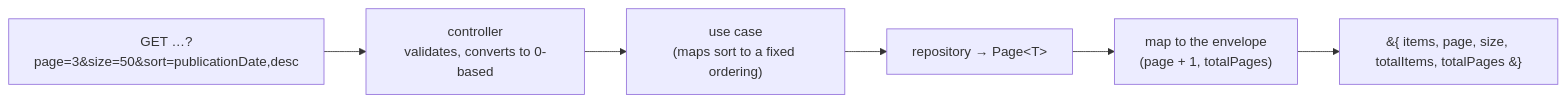
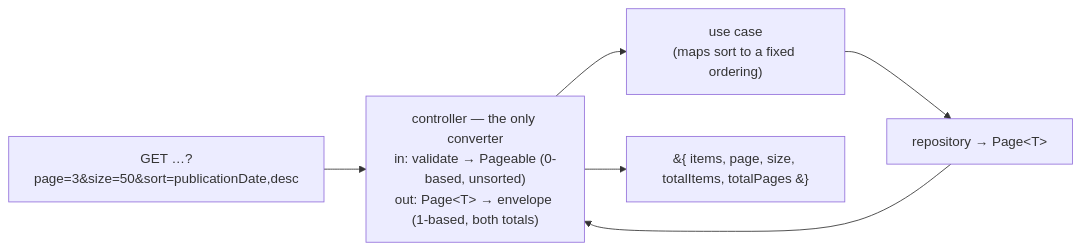
The diagram in docs/architecture/0022-paged-collection-contract-from-micronaut-data.md (earelin/conxugal), drawn with Mermaid before and after one commit. The commit also changed other lines of this file and 1 other file, not shown here.

````diff
--- a/docs/architecture/0022-paged-collection-contract-from-micronaut-data.md
+++ b/docs/architecture/0022-paged-collection-contract-from-micronaut-data.md
@@ -71,10 +71,9 @@
 ```mermaid
 flowchart LR
     req["GET …?page=3&amp;size=50&amp;sort=publicationDate,desc"]
-    ctl["controller<br/>validates, converts to 0-based"]
+    ctl["controller — the only converter<br/>in: validate → Pageable (0-based, unsorted)<br/>out: Page&lt;T&gt; → envelope (1-based, both totals)"]
     uc["use case<br/>(maps sort to a fixed ordering)"]
     repo["repository → Page&lt;T&gt;"]
-    map["map to the envelope<br/>(page + 1, totalPages)"]
     res["&#123; items, page, size, totalItems, totalPages &#125;"]
-    req --> ctl --> uc --> repo --> map --> res
+    req --> ctl --> uc --> repo --> ctl --> res
 ```
````
